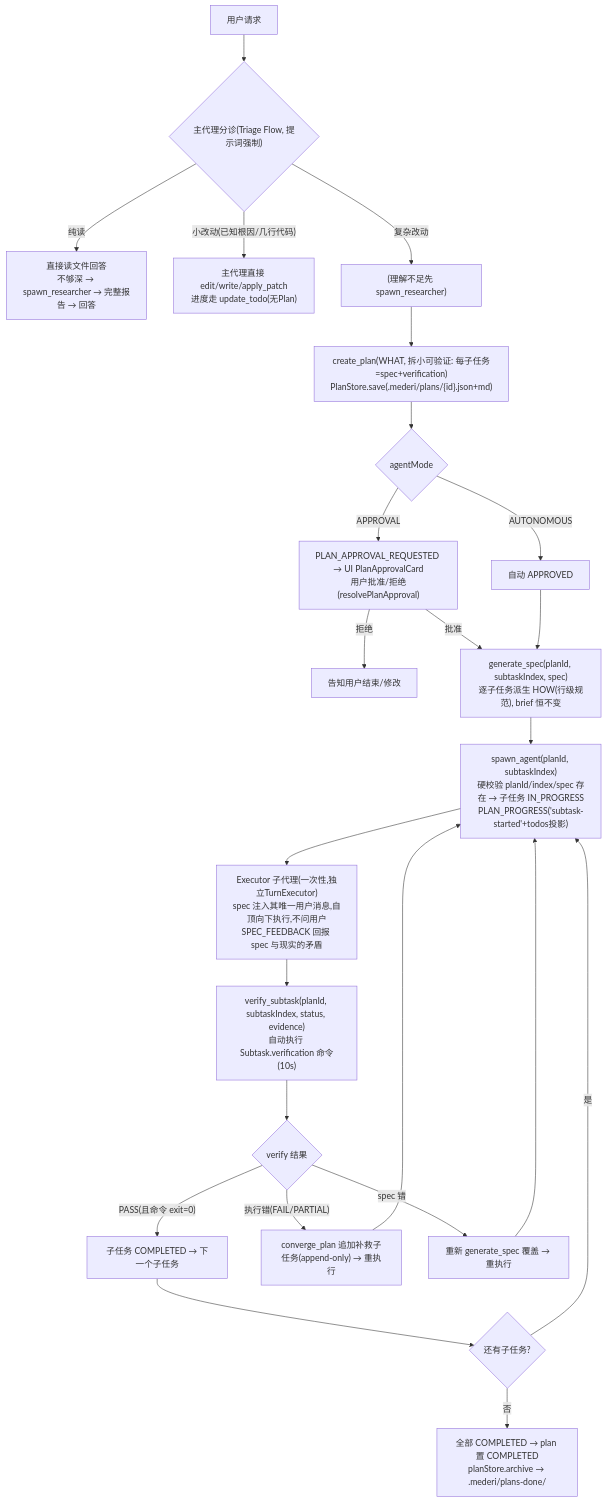
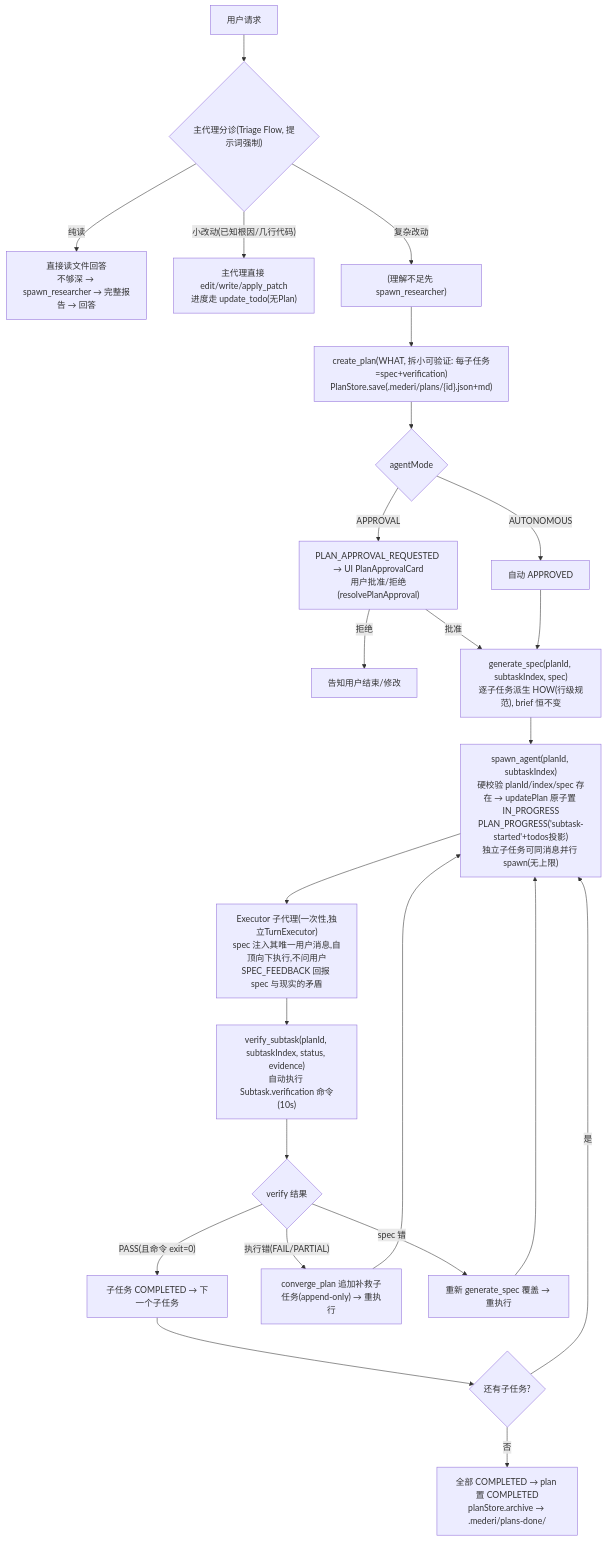
Before and after one commit to lzdev42/mederi: the fourth of 15 diagrams in mederi/docs/architecture/04-flows.md, drawn with Mermaid. The commit also changed other lines of this file and 24 other files, not shown here.

````diff
--- a/mederi/docs/architecture/04-flows.md
+++ b/mederi/docs/architecture/04-flows.md
@@ -121,25 +121,25 @@
 ```mermaid
 flowchart TD
     U["用户请求"] --> T{"主代理分诊(Triage Flow, 提示词强制)"}
     T -- "纯读" --> R1["直接读文件回答<br/>不够深 → spawn_researcher → 完整报告 → 回答"]
     T -- "小改动(已知根因/几行代码)" --> R2["主代理直接 edit/write/apply_patch<br/>进度走 update_todo(无Plan)"]
     T -- "复杂改动" --> RES["(理解不足先 spawn_researcher)"]
     RES --> CP["create_plan(WHAT, 拆小可验证: 每子任务=spec+verification)<br/>PlanStore.save(.mederi/plans/{id}.json+md)"]
     CP --> MODE{"agentMode"}
     MODE -- "AUTONOMOUS" --> AUTO["自动 APPROVED"]
     MODE -- "APPROVAL" --> WAIT["PLAN_APPROVAL_REQUESTED → UI PlanApprovalCard<br/>用户批准/拒绝(resolvePlanApproval)"]
     WAIT -- "拒绝" --> REJ["告知用户结束/修改"]
     WAIT -- "批准" --> GEN
     AUTO --> GEN["generate_spec(planId, subtaskIndex, spec)<br/>逐子任务派生 HOW(行级规范), brief 恒不变"]
-    GEN --> SPAWN["spawn_agent(planId, subtaskIndex)<br/>硬校验 planId/index/spec 存在 → 子任务 IN_PROGRESS<br/>PLAN_PROGRESS('subtask-started'+todos投影)"]
+    GEN --> SPAWN["spawn_agent(planId, subtaskIndex)<br/>硬校验 planId/index/spec 存在 → updatePlan 原子置 IN_PROGRESS<br/>PLAN_PROGRESS('subtask-started'+todos投影)<br/>独立子任务可同消息并行 spawn(无上限)"]
     SPAWN --> SUB["Executor 子代理(一次性,独立TurnExecutor)<br/>spec 注入其唯一用户消息,自顶向下执行,不问用户<br/>SPEC_FEEDBACK 回报 spec 与现实的矛盾"]
     SUB --> VER["verify_subtask(planId, subtaskIndex, status, evidence)<br/>自动执行 Subtask.verification 命令(10s)"]
     VER --> CHK{"verify 结果"}
     CHK -- "PASS(且命令 exit=0)" --> NEXT["子任务 COMPLETED → 下一个子任务"]
     CHK -- "执行错(FAIL/PARTIAL)" --> CONV["converge_plan 追加补救子任务(append-only) → 重执行"]
     CHK -- "spec 错" --> REGEN["重新 generate_spec 覆盖 → 重执行"]
     NEXT --> MORE{"还有子任务?"}
     MORE -- "是" --> SPAWN
     MORE -- "否" --> ARCH["全部 COMPLETED → plan 置 COMPLETED<br/>planStore.archive → .mederi/plans-done/"]
     CONV & REGEN --> SPAWN
 ```
````
